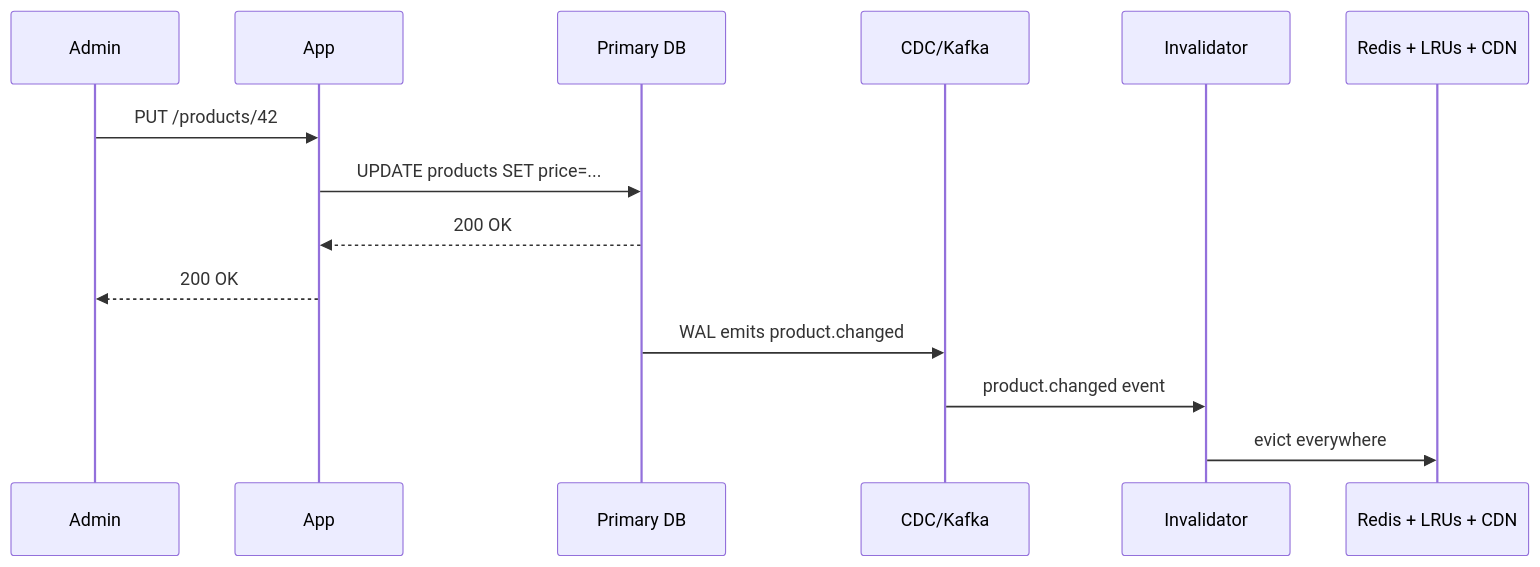
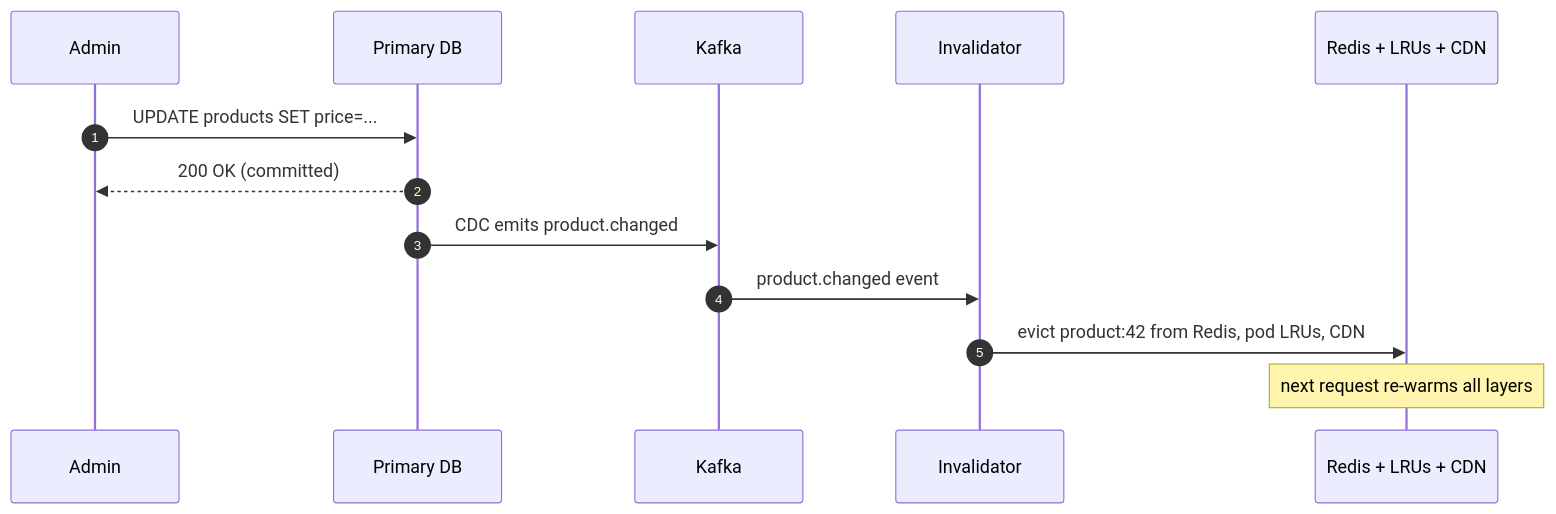
Diagram 11 of 22 in _practice/system-design/017-read-heavy-patterns.md (shiningflash/shiningflash.github.io), drawn with Mermaid before and after one commit. The commit also changed other lines of this file and 19 other files, not shown here.

````diff
--- a/_practice/system-design/017-read-heavy-patterns.md
+++ b/_practice/system-design/017-read-heavy-patterns.md
@@ -964,17 +454,16 @@
 ```mermaid
 sequenceDiagram
+    autonumber
     participant Adm as Admin
-    participant App as App
     participant P as Primary DB
-    participant K as CDC/Kafka
+    participant K as Kafka
     participant Inv as Invalidator
     participant Caches as Redis + LRUs + CDN
 
-    Adm->>App: PUT /products/42
-    App->>P: UPDATE products SET price=...
-    P-->>App: 200 OK
-    App-->>Adm: 200 OK
-    P->>K: WAL emits product.changed
+    Adm->>P: UPDATE products SET price=...
+    P-->>Adm: 200 OK (committed)
+    P->>K: CDC emits product.changed
     K->>Inv: product.changed event
-    Inv->>Caches: evict everywhere
+    Inv->>Caches: evict product:42 from Redis, pod LRUs, CDN
+    Note over Caches: next request re-warms all layers
 ```
````
